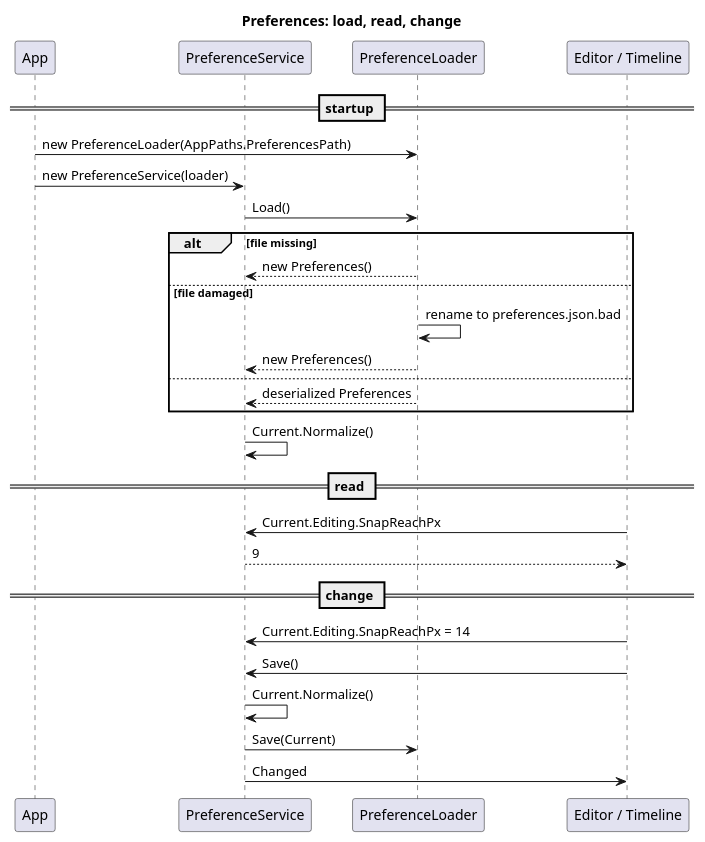
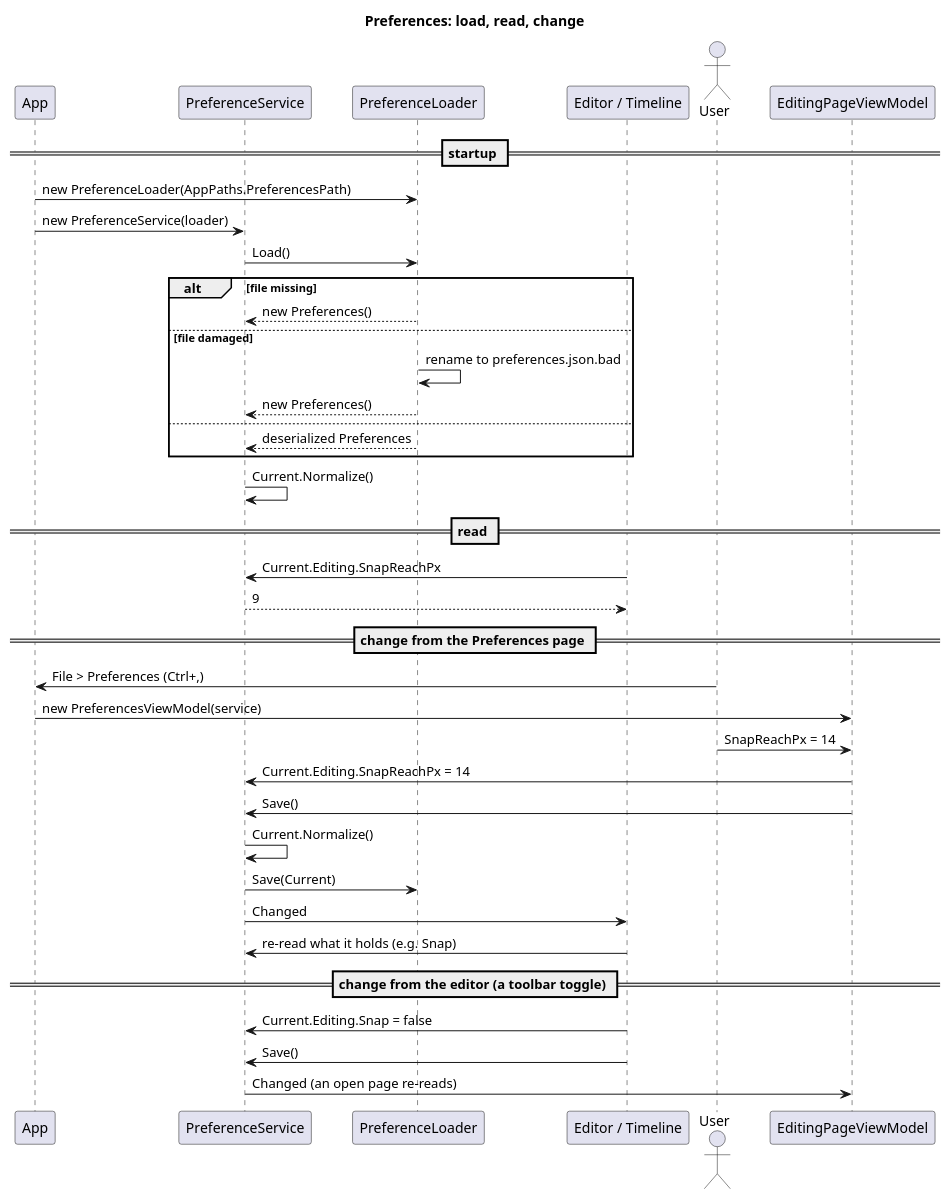
One commit to Die-Banane/Fig changed the diagram in uml/persistence/preferences-sequence.puml. Above: the diagram before and after it, drawn with PlantUML. The commit also changed 20 other files, not shown here.

```diff
--- a/uml/persistence/preferences-sequence.puml
+++ b/uml/persistence/preferences-sequence.puml
@@ -1,33 +1,44 @@
 @startuml
 title Preferences: load, read, change
 
 participant App
 participant PreferenceService as Service
 participant PreferenceLoader as Loader
 participant "Editor / Timeline" as Caller
 
 == startup ==
 App -> Loader : new PreferenceLoader(AppPaths.PreferencesPath)
 App -> Service : new PreferenceService(loader)
 Service -> Loader : Load()
 alt file missing
   Loader --> Service : new Preferences()
 else file damaged
   Loader -> Loader : rename to preferences.json.bad
   Loader --> Service : new Preferences()
 else
   Loader --> Service : deserialized Preferences
 end
 Service -> Service : Current.Normalize()
 
 == read ==
 Caller -> Service : Current.Editing.SnapReachPx
 Service --> Caller : 9
 
-== change ==
-Caller -> Service : Current.Editing.SnapReachPx = 14
-Caller -> Service : Save()
+== change from the Preferences page ==
+actor User
+participant "EditingPageViewModel" as Page
+User -> App : File > Preferences (Ctrl+,)
+App -> Page : new PreferencesViewModel(service)
+User -> Page : SnapReachPx = 14
+Page -> Service : Current.Editing.SnapReachPx = 14
+Page -> Service : Save()
 Service -> Service : Current.Normalize()
 Service -> Loader : Save(Current)
 Service -> Caller : Changed
+Caller -> Service : re-read what it holds (e.g. Snap)
+
+== change from the editor (a toolbar toggle) ==
+Caller -> Service : Current.Editing.Snap = false
+Caller -> Service : Save()
+Service -> Page : Changed (an open page re-reads)
 @enduml
```
